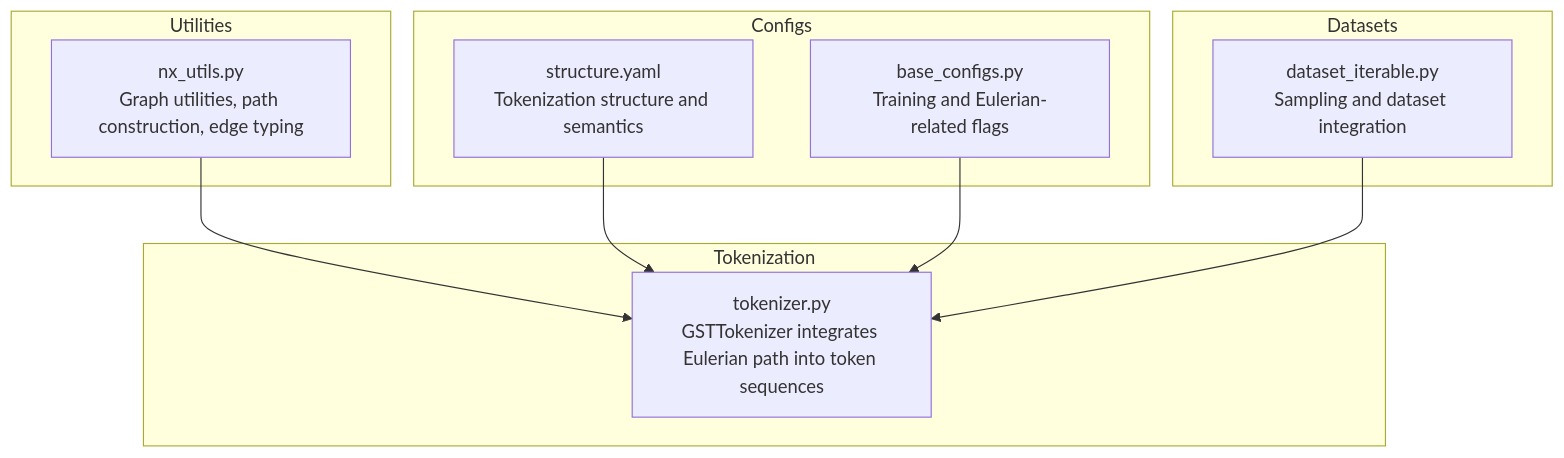
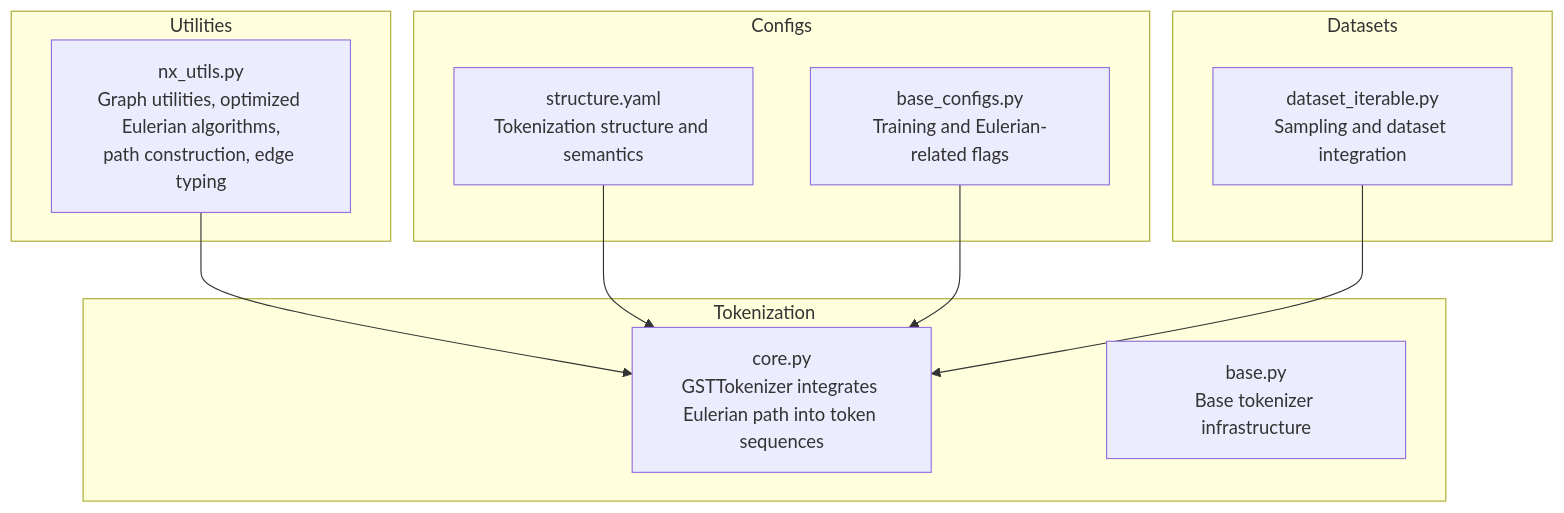
Before and after one commit to alibaba/graph-gpt: the first of 6 diagrams in .qoder/repowiki/en/content/Tokenization System/Eulerian Path Conversion.md, drawn with Mermaid. The commit also changed other lines of this file and 2 other files, not shown here.

````diff
--- a/.qoder/repowiki/en/content/Tokenization System/Eulerian Path Conversion.md
+++ b/.qoder/repowiki/en/content/Tokenization System/Eulerian Path Conversion.md
@@ -30,20 +40,21 @@
 ```mermaid
 graph TB
 subgraph "Utilities"
-U1["nx_utils.py<br/>Graph utilities, path construction, edge typing"]
+U1["nx_utils.py<br/>Graph utilities, optimized Eulerian algorithms,<br/>path construction, edge typing"]
 end
 subgraph "Tokenization"
-T1["tokenizer.py<br/>GSTTokenizer integrates Eulerian path into token sequences"]
+T1["core.py<br/>GSTTokenizer integrates Eulerian path into token sequences"]
+T2["base.py<br/>Base tokenizer infrastructure"]
 end
 subgraph "Configs"
 C1["structure.yaml<br/>Tokenization structure and semantics"]
 C2["base_configs.py<br/>Training and Eulerian-related flags"]
 end
 subgraph "Datasets"
 D1["dataset_iterable.py<br/>Sampling and dataset integration"]
 end
 U1 --> T1
 C1 --> T1
 C2 --> T1
 D1 --> T1
 ```
````
